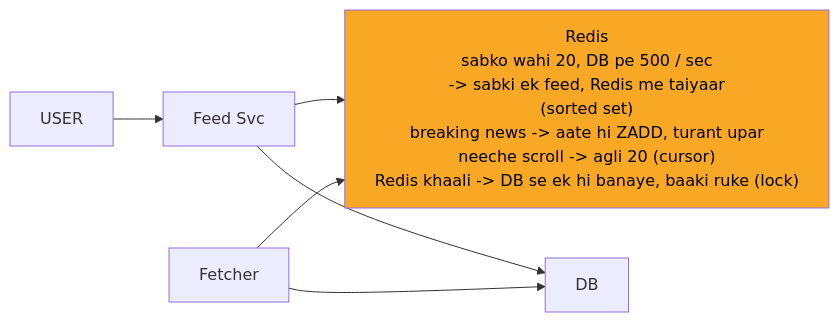
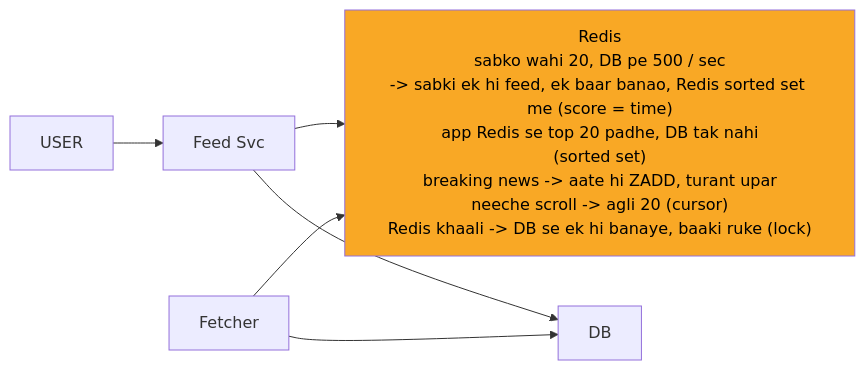
One commit to ArpanMaheshwari144/Prep changed the second of 11 diagrams in 04_HLD/SYSTEM_DESIGNS/08_news_aggregator/08_news_aggregator_INTERVIEW.md. Above: the diagram before and after it, drawn with Mermaid. The commit also changed other lines of this file and 13 other files, not shown here.

````diff
--- a/04_HLD/SYSTEM_DESIGNS/08_news_aggregator/08_news_aggregator_INTERVIEW.md
+++ b/04_HLD/SYSTEM_DESIGNS/08_news_aggregator/08_news_aggregator_INTERVIEW.md
@@ -85,15 +85,15 @@
 ```mermaid
 %%{init: {"flowchart": {"wrappingWidth": 450}}}%%
 flowchart LR
     n_USER["USER"]
     n_Feed_Svc["Feed Svc"]
-    n_Redis["Redis<br/>sabko wahi 20, DB pe 500 / sec<br/>-> sabki ek feed, Redis me taiyaar<br/>(sorted set)<br/>breaking news -> aate hi ZADD, turant upar<br/>neeche scroll -> agli 20 (cursor)<br/>Redis khaali -> DB se ek hi banaye, baaki ruke (lock)"]
+    n_Redis["Redis<br/>sabko wahi 20, DB pe 500 / sec<br/>-> sabki ek hi feed, ek baar banao, Redis sorted set me (score = time)<br/>app Redis se top 20 padhe, DB tak nahi<br/>(sorted set)<br/>breaking news -> aate hi ZADD, turant upar<br/>neeche scroll -> agli 20 (cursor)<br/>Redis khaali -> DB se ek hi banaye, baaki ruke (lock)"]
     n_DB["DB"]
     n_Fetcher["Fetcher"]
     n_USER --> n_Feed_Svc
     n_Feed_Svc --> n_Redis
     n_Feed_Svc --> n_DB
     n_Fetcher --> n_DB
     n_Fetcher --> n_Redis
     style n_Redis fill:#f9a825,color:#000
 ```
````
